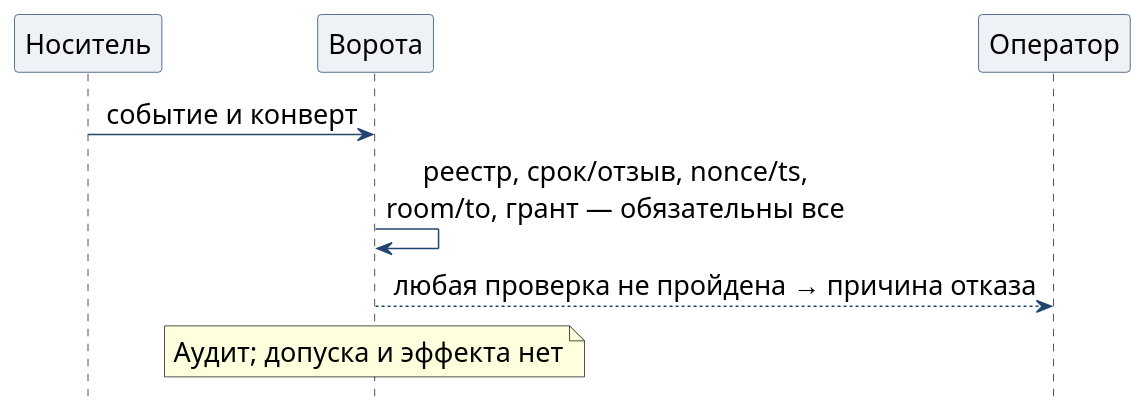
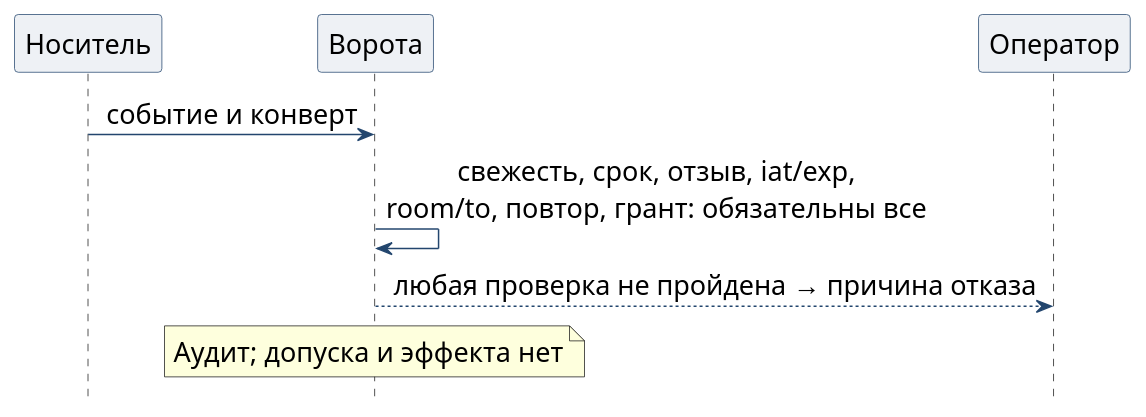
The diagram in editorial/notes/signing-auth/src/failure-cases.puml (relux-works/swarma-docs), drawn with PlantUML before and after one commit. The commit also changed 35 other files, not shown here.

```diff
--- a/editorial/notes/signing-auth/src/failure-cases.puml
+++ b/editorial/notes/signing-auth/src/failure-cases.puml
@@ -1,17 +1,17 @@
 @startuml
 skinparam defaultFontName PT Sans
 skinparam defaultFontSize 18
 skinparam sequenceMessageAlign center
 skinparam shadowing false
 skinparam ParticipantBackgroundColor #eef1f5
 skinparam ParticipantBorderColor #23466e
 skinparam ArrowColor #23466e
 hide footbox
 participant Носитель as carrier
 participant Ворота as gate
 participant Оператор as person
 carrier -> gate : событие и конверт
-gate -> gate : реестр, срок/отзыв, nonce/ts,\nroom/to, грант — обязательны все
+gate -> gate : свежесть, срок, отзыв, iat/exp,\nroom/to, повтор, грант: обязательны все
 gate --> person : любая проверка не пройдена → причина отказа
 note over gate : Аудит; допуска и эффекта нет
 @enduml
```
